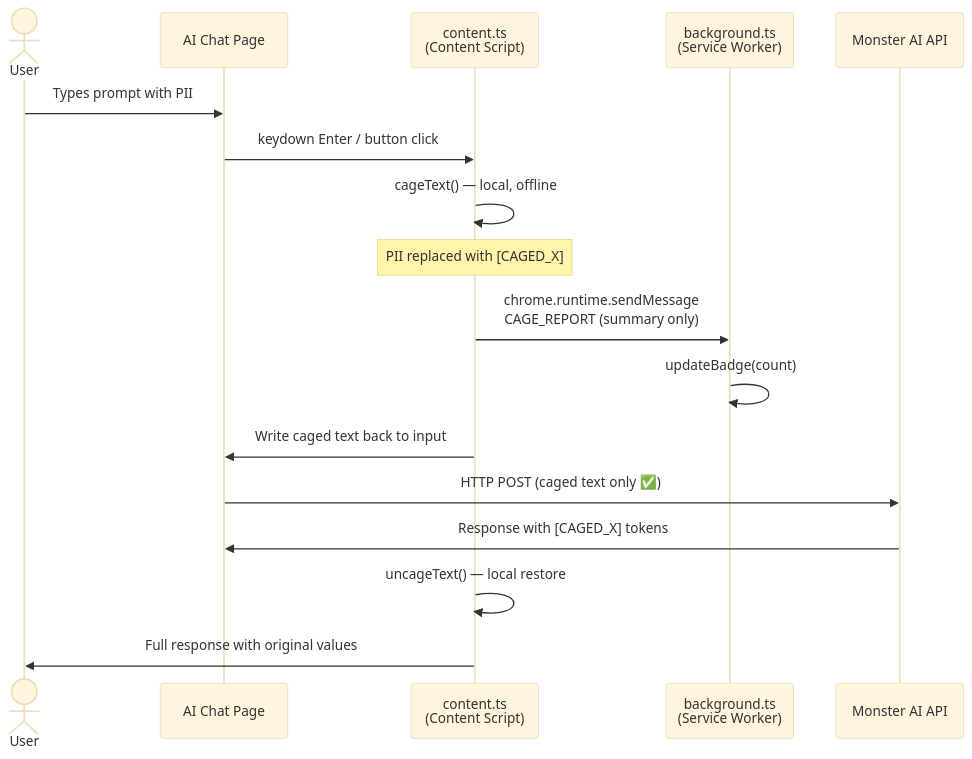
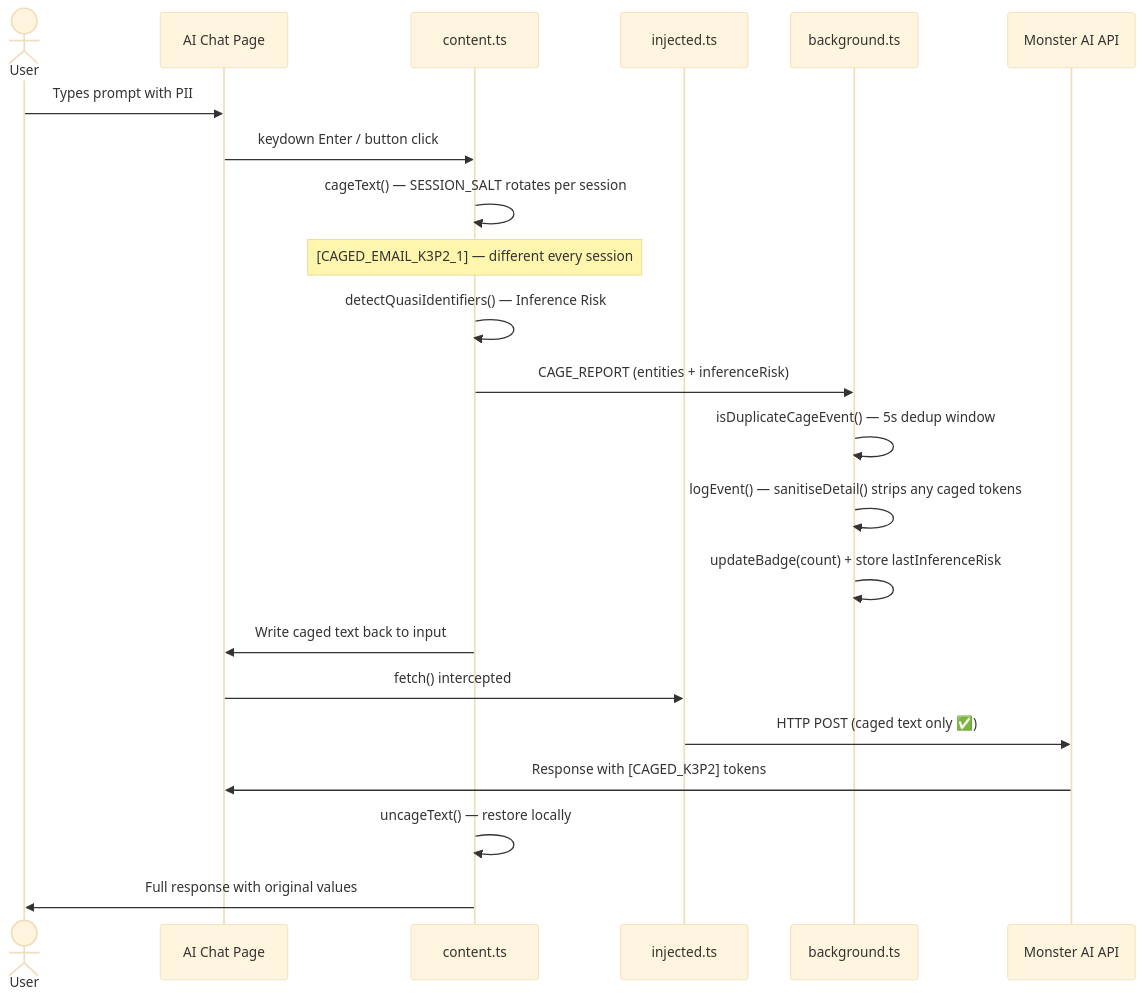
The third of 3 diagrams in docs/ARCHITECTURE.md (smartsniper31/ai-cage), drawn with Mermaid (base theme) before and after one commit. The commit also changed other lines of this file and 5 other files, not shown here.

Commit message:
docs: v0.6.0 final — README 9 cages + 16 PII + Ephemeral Tokens; ARCHITECTURE SESSION_SALT + dedup; THREAT_MODEL Cage 8+9 live; PRIVACY_GUARANTEE v0.6.0; PHASE5_8 all fixes

````diff
--- a/docs/ARCHITECTURE.md
+++ b/docs/ARCHITECTURE.md
@@ -85,20 +93,25 @@
 ```mermaid
 sequenceDiagram
     actor User
     participant Page as AI Chat Page
-    participant CS as content.ts<br/>(Content Script)
-    participant BG as background.ts<br/>(Service Worker)
+    participant CS as content.ts
+    participant INJ as injected.ts
+    participant BG as background.ts
     participant AI as Monster AI API
 
     User->>Page: Types prompt with PII
     Page->>CS: keydown Enter / button click
-    CS->>CS: cageText() — local, offline
-    Note over CS: PII replaced with [CAGED_X]
-    CS->>BG: chrome.runtime.sendMessage<br/>CAGE_REPORT (summary only)
-    BG->>BG: updateBadge(count)
+    CS->>CS: cageText() — SESSION_SALT rotates per session
+    Note over CS: [CAGED_EMAIL_K3P2_1] — different every session
+    CS->>CS: detectQuasiIdentifiers() — Inference Risk
+    CS->>BG: CAGE_REPORT (entities + inferenceRisk)
+    BG->>BG: isDuplicateCageEvent() — 5s dedup window
+    BG->>BG: logEvent() — sanitiseDetail() strips any caged tokens
+    BG->>BG: updateBadge(count) + store lastInferenceRisk
     CS->>Page: Write caged text back to input
-    Page->>AI: HTTP POST (caged text only ✅)
-    AI->>Page: Response with [CAGED_X] tokens
-    CS->>CS: uncageText() — local restore
+    Page->>INJ: fetch() intercepted
+    INJ->>AI: HTTP POST (caged text only ✅)
+    AI->>Page: Response with [CAGED_K3P2] tokens
+    CS->>CS: uncageText() — restore locally
     CS->>User: Full response with original values
 ```
````
